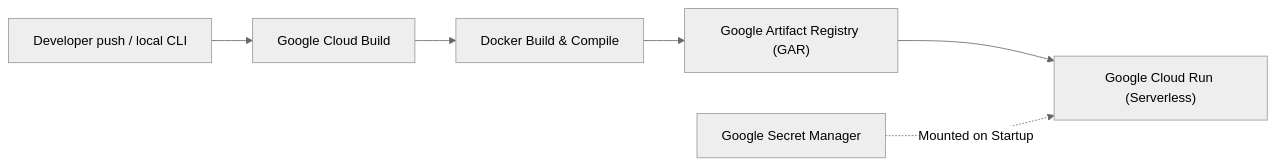
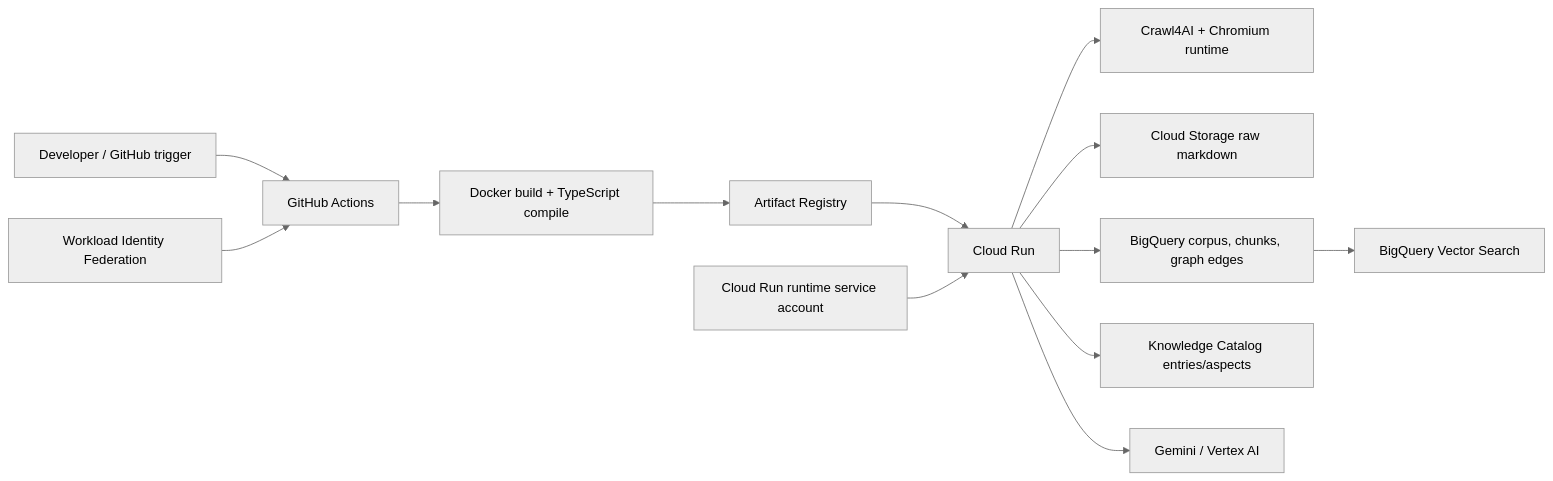
Before and after one commit to plc1220/islamic-jurisprudence-agent-knowledge-graph: the diagram in doc/cicd.md, drawn with Mermaid (neutral theme). The commit also changed other lines of this file and 45 other files, not shown here.

Commit message:
Use BigQuery citations for deployed agent

````diff
--- a/doc/cicd.md
+++ b/doc/cicd.md
@@ -11,8 +7,15 @@
 ```mermaid
 graph LR
-    Dev["Developer push / local CLI"] --> CB["Google Cloud Build"]
-    CB --> Docker["Docker Build & Compile"]
-    Docker --> GAR["Google Artifact Registry (GAR)"]
-    GAR --> CR["Google Cloud Run (Serverless)"]
-    Secret["Google Secret Manager"] -.-> |Mounted on Startup| CR
+    Dev["Developer / GitHub trigger"] --> GHA["GitHub Actions"]
+    GHA --> Docker["Docker build + TypeScript compile"]
+    Docker --> GAR["Artifact Registry"]
+    GAR --> CR["Cloud Run"]
+    WIF["Workload Identity Federation"] --> GHA
+    SA["Cloud Run runtime service account"] --> CR
+    CR --> C4AI["Crawl4AI + Chromium runtime"]
+    CR --> GCS["Cloud Storage raw markdown"]
+    CR --> BQ["BigQuery corpus, chunks, graph edges"]
+    BQ --> BQVS["BigQuery Vector Search"]
+    CR --> KC["Knowledge Catalog entries/aspects"]
+    CR --> Vertex["Gemini / Vertex AI"]
 ```
````
